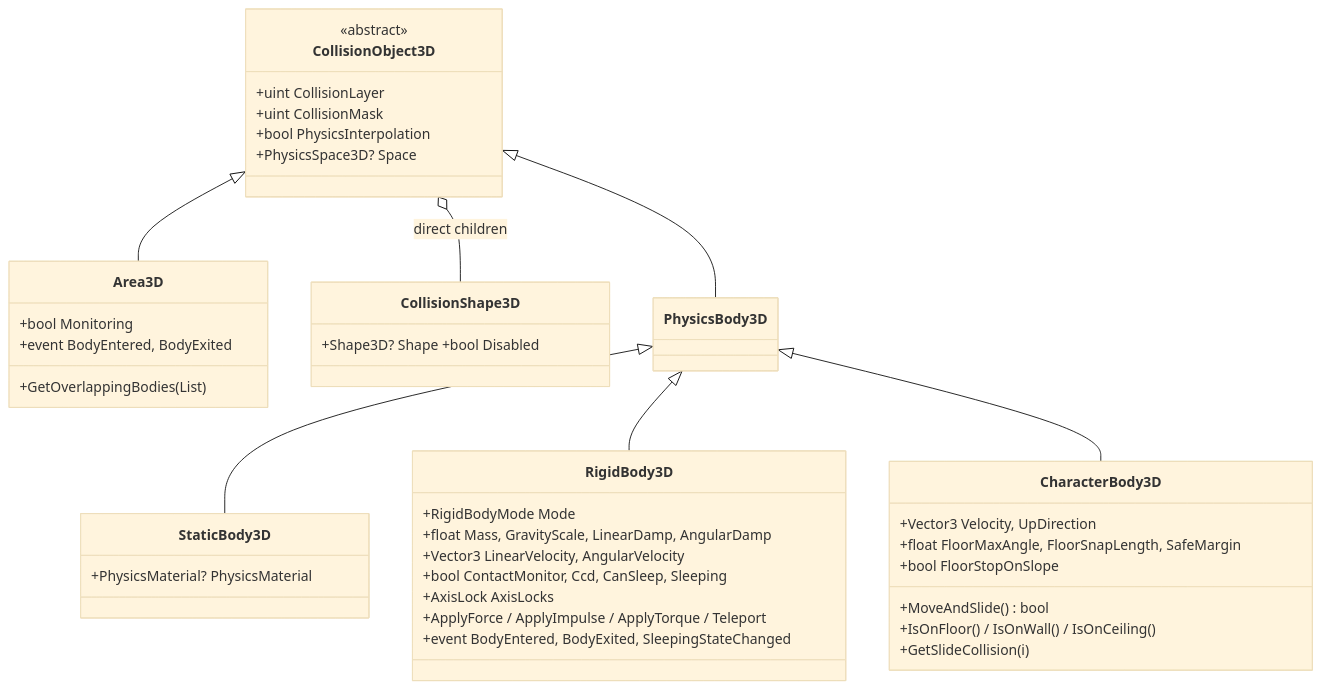
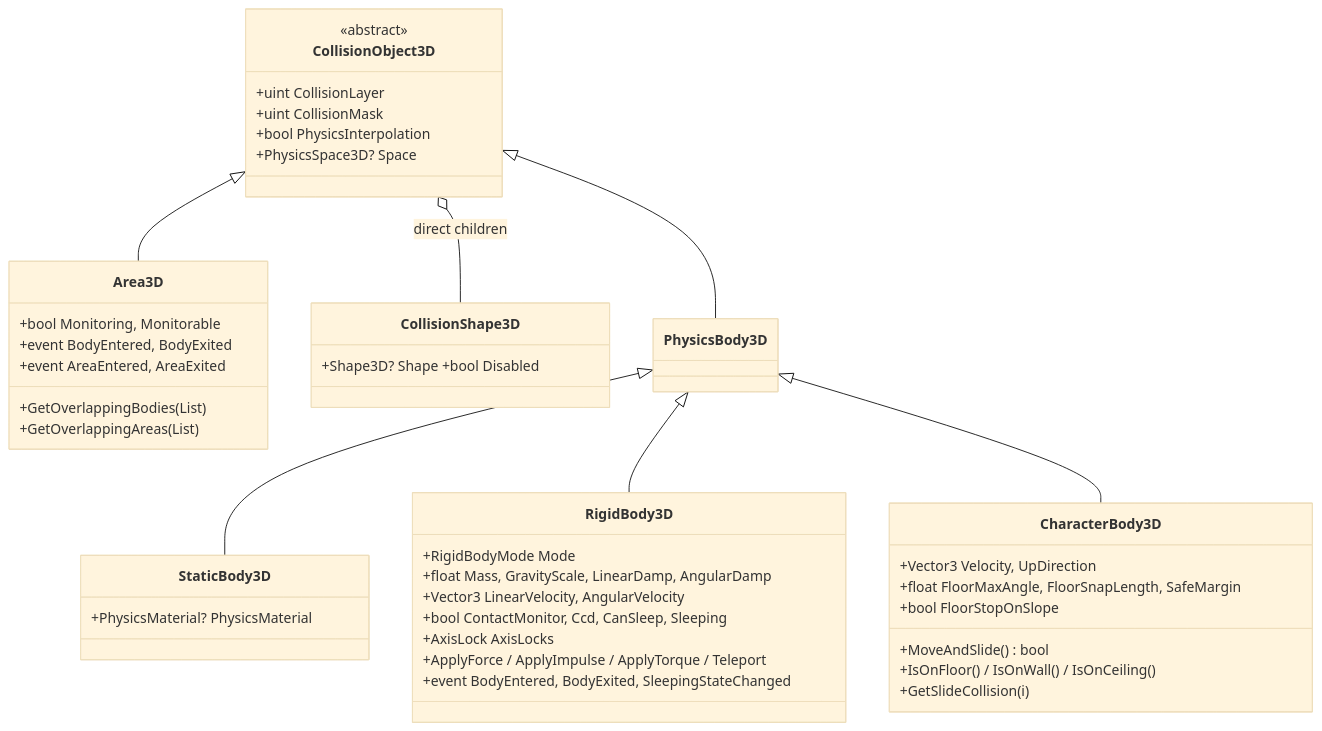
One commit to Mainframe-Games/mainframe-engine changed the first of 2 diagrams in docs/design/physics.md. Above: the diagram before and after it, drawn with Mermaid (base theme). The commit also changed other lines of this file and 14 other files, not shown here.

First line of the commit message:
Areas detect areas: AreaEntered/AreaExited on Area3D and Area2D (ADR 0198) (#96)

````diff
--- a/docs/design/physics.md
+++ b/docs/design/physics.md
@@ -41,40 +41,42 @@
 ```mermaid
 classDiagram
     class CollisionObject3D {
         <<abstract>>
         +uint CollisionLayer
         +uint CollisionMask
         +bool PhysicsInterpolation
         +PhysicsSpace3D? Space
     }
     class StaticBody3D { +PhysicsMaterial? PhysicsMaterial }
     class RigidBody3D {
         +RigidBodyMode Mode
         +float Mass, GravityScale, LinearDamp, AngularDamp
         +Vector3 LinearVelocity, AngularVelocity
         +bool ContactMonitor, Ccd, CanSleep, Sleeping
         +AxisLock AxisLocks
         +ApplyForce / ApplyImpulse / ApplyTorque / Teleport
         +event BodyEntered, BodyExited, SleepingStateChanged
     }
     class CharacterBody3D {
         +Vector3 Velocity, UpDirection
         +float FloorMaxAngle, FloorSnapLength, SafeMargin
         +bool FloorStopOnSlope
         +MoveAndSlide() bool
         +IsOnFloor() / IsOnWall() / IsOnCeiling()
         +GetSlideCollision(i)
     }
     class Area3D {
-        +bool Monitoring
+        +bool Monitoring, Monitorable
         +event BodyEntered, BodyExited
+        +event AreaEntered, AreaExited
         +GetOverlappingBodies(List)
+        +GetOverlappingAreas(List)
     }
     class CollisionShape3D { +Shape3D? Shape +bool Disabled }
     CollisionObject3D <|-- PhysicsBody3D
     PhysicsBody3D <|-- StaticBody3D
     PhysicsBody3D <|-- RigidBody3D
     PhysicsBody3D <|-- CharacterBody3D
     CollisionObject3D <|-- Area3D
     CollisionObject3D o-- CollisionShape3D : direct children
 ```
````
